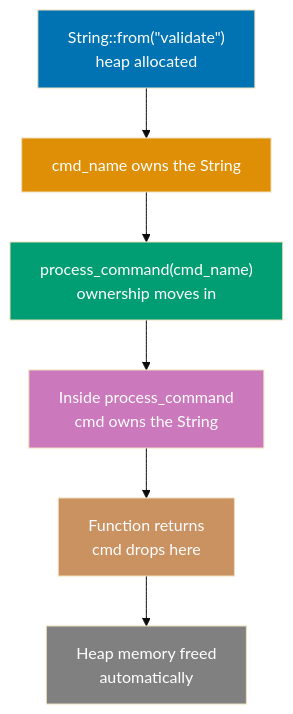
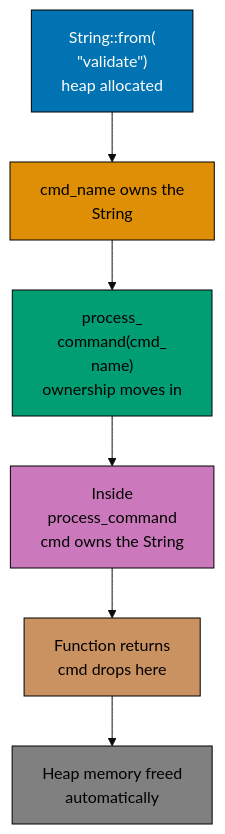
The second of 2 diagrams in apps/ayokoding-www/content/en/learn/legacy/software-engineering/programming-languages/rust/cli-with-rust/by-example/beginner.md (wahidyankf/ose-public), drawn with Mermaid (base theme) before and after one commit. The commit also changed other lines of this file and 112 other files, not shown here.

First line of the commit message:
fix(mermaid): bring the legacy programming-languages diagrams onto the accessible palette

````diff
--- a/apps/ayokoding-www/content/en/learn/legacy/software-engineering/programming-languages/rust/cli-with-rust/by-example/beginner.md
+++ b/apps/ayokoding-www/content/en/learn/legacy/software-engineering/programming-languages/rust/cli-with-rust/by-example/beginner.md
@@ -370,16 +378,25 @@
 ```mermaid
 %% Color Palette: Blue #0173B2, Orange #DE8F05, Teal #029E73, Purple #CC78BC, Brown #CA9161
 graph TD
-    A["String::from#40;&quot;validate&quot;#41;<br/>heap allocated"] --> B["cmd_name owns the String"]
-    B --> C["process_command#40;cmd_name#41;<br/>ownership moves in"]
-    C --> D["Inside process_command<br/>cmd owns the String"]
+    accTitle: Example 7: Ownership Basics
+    accDescr: Graph with 7 nodes and 7 connections. Nodes: A, quot, cmd_name owns the String, process_ command40cmd_ name41 ownership moves in, Inside process_command cmd owns the String, Function returns cmd drops here, Heap memory freed automatically. Connections: A to cmd_name owns the String, quot to cmd_name owns the String, quot to cmd_name owns the String, cmd_name owns the String to process_ command40cmd_ name41 ownership moves in, process_ command40cmd_ name41 ownership moves in to Inside process_command cmd owns the String, Inside process_command cmd owns the String to Function returns cmd drops here, Function returns cmd drops here to Heap memory freed automatically.
+    A["String::from#40;<br/>&quot;validate&quot;#41;<br/>heap allocated"] --> B["cmd_name owns the<br/>String"]
+    B --> C["process_<br/>command#40;cmd_<br/>name#41;<br/>ownership moves in"]
+    C --> D["Inside<br/>process_command<br/>cmd owns the String"]
     D --> E["Function returns<br/>cmd drops here"]
     E --> F["Heap memory freed<br/>automatically"]
 
-    style A fill:#0173B2,color:#fff
-    style B fill:#DE8F05,color:#fff
-    style C fill:#029E73,color:#fff
-    style D fill:#CC78BC,color:#fff
-    style E fill:#CA9161,color:#fff
-    style F fill:#808080,color:#fff
+    classDef pal-0173B2 fill:#0173B2,stroke:#000000,color:#FFFFFF
+    class A pal-0173B2
+    classDef pal-DE8F05 fill:#DE8F05,stroke:#000000,color:#000000
+    class B pal-DE8F05
+    classDef pal-029E73 fill:#029E73,stroke:#000000,color:#000000
+    class C pal-029E73
+    classDef pal-CC78BC fill:#CC78BC,stroke:#000000,color:#000000
+    class D pal-CC78BC
+    classDef pal-CA9161 fill:#CA9161,stroke:#000000,color:#000000
+    class E pal-CA9161
+    classDef pal-808080 fill:#808080,stroke:#000000,color:#000000
+    class F pal-808080
+    classDef default fill:#FFFFFF,stroke:#000000,color:#000000
 ```
````
